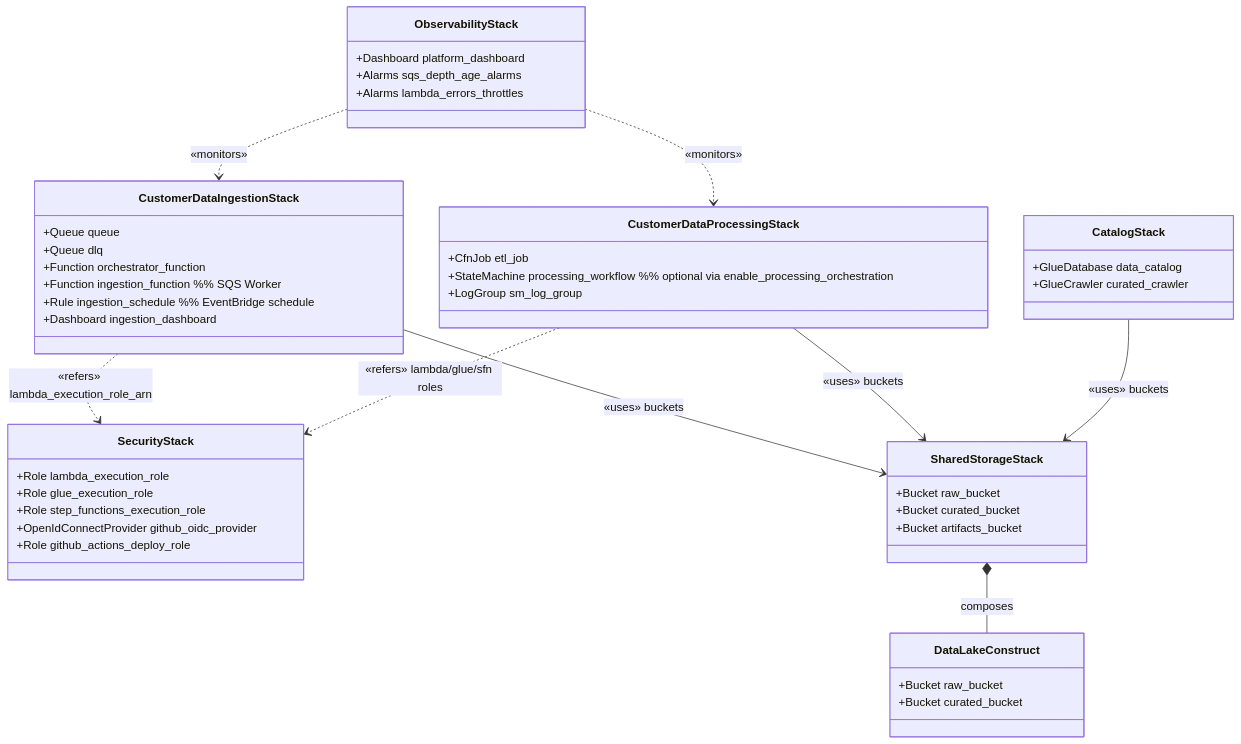
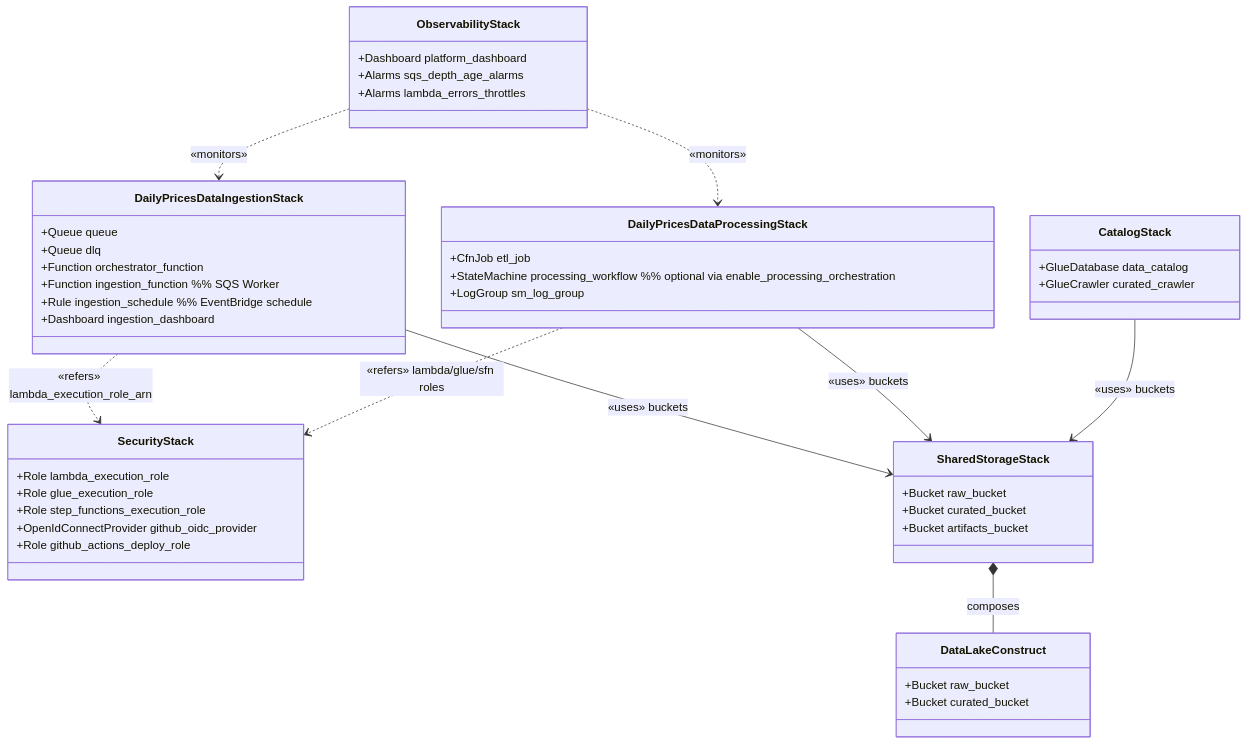
Before and after one commit to keemgdeok/fin-forge-pipeline: the diagram in docs/diagrams/infrastructure/01-cdk-classes.md, drawn with Mermaid. The commit also changed 37 other files, not shown here.

Commit message:
refactor: rename customer_data pipeline to daily_prices_data

````diff
--- a/docs/diagrams/infrastructure/01-cdk-classes.md
+++ b/docs/diagrams/infrastructure/01-cdk-classes.md
@@ -1,65 +1,65 @@
 ```mermaid
 classDiagram
   %% Core security stack
   class SecurityStack {
     +Role lambda_execution_role
     +Role glue_execution_role
     +Role step_functions_execution_role
     +OpenIdConnectProvider github_oidc_provider
     +Role github_actions_deploy_role
   }
 
   %% Shared storage (Data Lake)
   class SharedStorageStack {
     +Bucket raw_bucket
     +Bucket curated_bucket
     +Bucket artifacts_bucket
   }
 
   class DataLakeConstruct {
     +Bucket raw_bucket
     +Bucket curated_bucket
   }
 
   %% Extract pipeline (fan-out ingestion)
-  class CustomerDataIngestionStack {
+  class DailyPricesDataIngestionStack {
     +Queue queue
     +Queue dlq
     +Function orchestrator_function
     +Function ingestion_function  %% SQS Worker
     +Rule ingestion_schedule       %% EventBridge schedule
     +Dashboard ingestion_dashboard
   }
 
   %% Transform pipeline (processing/orchestration)
-  class CustomerDataProcessingStack {
+  class DailyPricesDataProcessingStack {
     +CfnJob etl_job
     +StateMachine processing_workflow  %% optional via enable_processing_orchestration
     +LogGroup sm_log_group
   }
 
   %% Platform/Observability & Governance
   class ObservabilityStack {
     +Dashboard platform_dashboard
     +Alarms sqs_depth_age_alarms
     +Alarms lambda_errors_throttles
   }
 
   class CatalogStack {
     +GlueDatabase data_catalog
     +GlueCrawler curated_crawler
   }
 
   %% Relationships
   SharedStorageStack *-- DataLakeConstruct : composes
 
-  CustomerDataIngestionStack --> SharedStorageStack : «uses» buckets
-  CustomerDataProcessingStack --> SharedStorageStack : «uses» buckets
+  DailyPricesDataIngestionStack --> SharedStorageStack : «uses» buckets
+  DailyPricesDataProcessingStack --> SharedStorageStack : «uses» buckets
   CatalogStack --> SharedStorageStack : «uses» buckets
 
-  CustomerDataIngestionStack ..> SecurityStack : «refers» lambda_execution_role_arn
-  CustomerDataProcessingStack ..> SecurityStack : «refers» lambda/glue/sfn roles
-  ObservabilityStack ..> CustomerDataIngestionStack : «monitors»
-  ObservabilityStack ..> CustomerDataProcessingStack : «monitors»
+  DailyPricesDataIngestionStack ..> SecurityStack : «refers» lambda_execution_role_arn
+  DailyPricesDataProcessingStack ..> SecurityStack : «refers» lambda/glue/sfn roles
+  ObservabilityStack ..> DailyPricesDataIngestionStack : «monitors»
+  ObservabilityStack ..> DailyPricesDataProcessingStack : «monitors»
 
 ```
````
